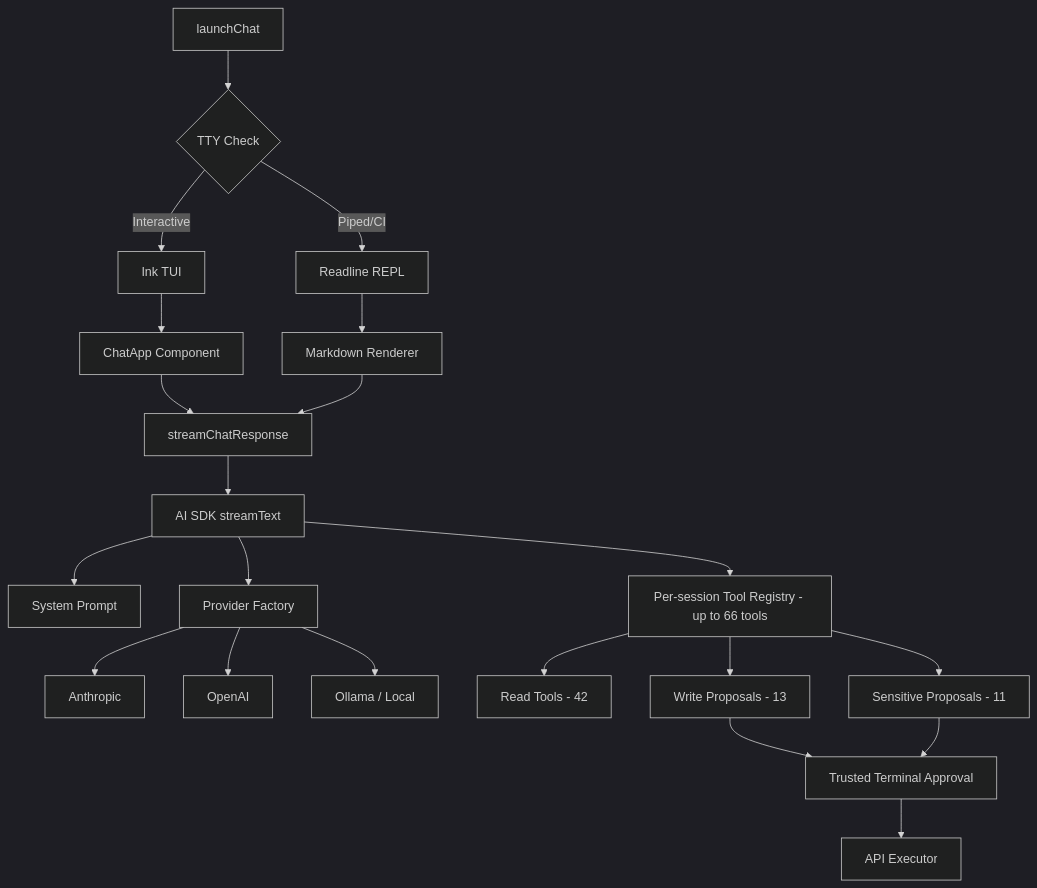
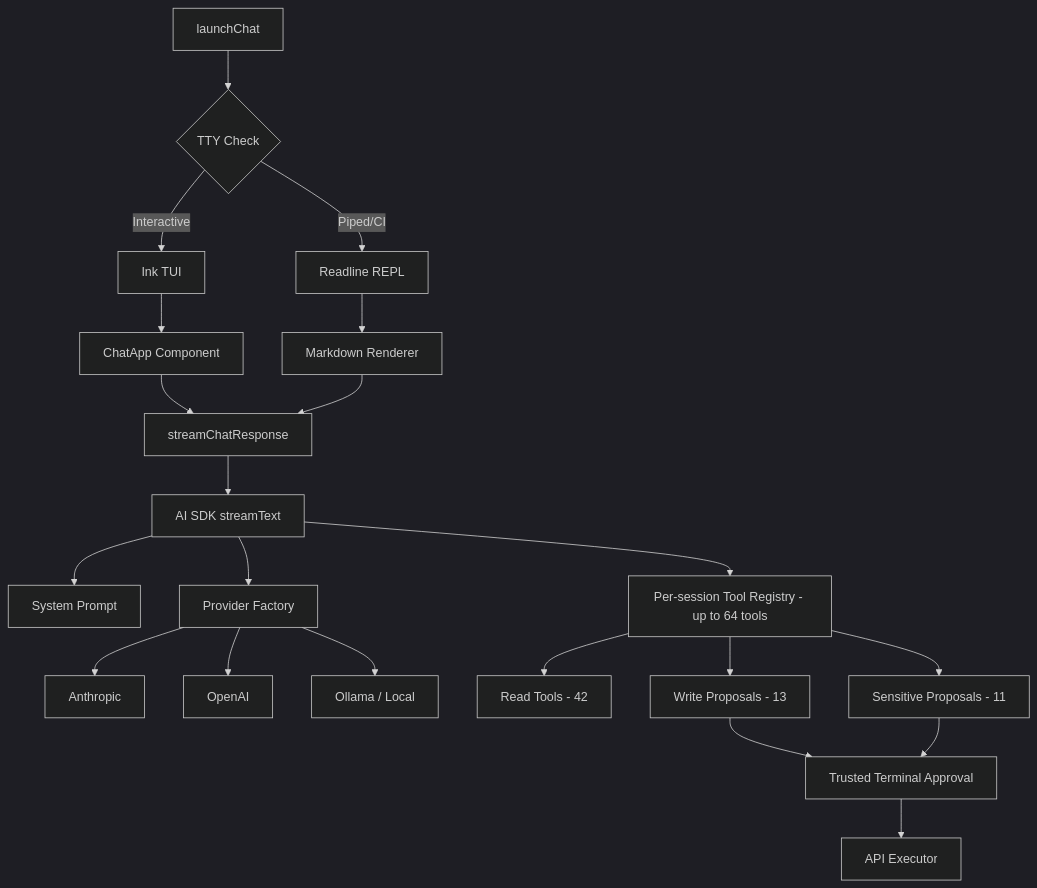
The diagram in wiki/docs/user-guide/cli/chat-agent.md (projectachilles/ProjectAchilles), drawn with Mermaid (dark theme) before and after one commit. The commit also changed other lines of this file and 11 other files, not shown here.

````diff
--- a/wiki/docs/user-guide/cli/chat-agent.md
+++ b/wiki/docs/user-guide/cli/chat-agent.md
@@ -17,28 +17,28 @@
 ```mermaid
 graph TD
     A[launchChat] --> B{TTY Check}
     B -->|Interactive| C[Ink TUI]
     B -->|Piped/CI| D[Readline REPL]
 
     C --> E[ChatApp Component]
     D --> F[Markdown Renderer]
 
     E --> G[streamChatResponse]
     F --> G
 
     G --> H[AI SDK streamText]
     H --> I[System Prompt]
-    H --> J[Per-session Tool Registry - up to 66 tools]
+    H --> J[Per-session Tool Registry - up to 64 tools]
     H --> K[Provider Factory]
 
     K --> L[Anthropic]
     K --> M[OpenAI]
     K --> N[Ollama / Local]
 
     J --> O[Read Tools - 42]
     J --> P[Write Proposals - 13]
     J --> Q[Sensitive Proposals - 11]
     P --> R[Trusted Terminal Approval]
     Q --> R
     R --> S[API Executor]
 ```
````
